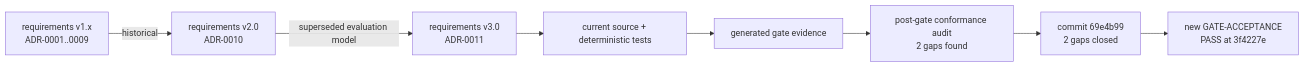
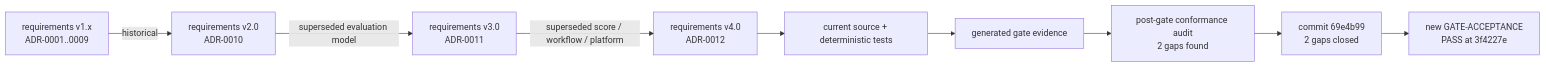
Before and after one commit to dahatake/StudyReport-Evaluator: the diagram in docs-dev/README.md, drawn with Mermaid. The commit also changed other lines of this file and 137 other files, not shown here.

````diff
--- a/docs-dev/README.md
+++ b/docs-dev/README.md
@@ -21,10 +22,11 @@
 ```mermaid
 flowchart LR
     V1[requirements v1.x\nADR-0001..0009] -->|historical| V2[requirements v2.0\nADR-0010]
     V2 -->|superseded evaluation model| V3[requirements v3.0\nADR-0011]
-    V3 --> IMPL[current source + deterministic tests]
+    V3 -->|superseded score / workflow / platform| V4[requirements v4.0\nADR-0012]
+    V4 --> IMPL[current source + deterministic tests]
     IMPL --> GATE[generated gate evidence]
     GATE --> AUDIT[post-gate conformance audit\n2 gaps found]
     AUDIT --> CLOSE[commit 69e4b99\n2 gaps closed]
     CLOSE --> REGATE[new GATE-ACCEPTANCE\nPASS at 3f4227e]
 ```
````
